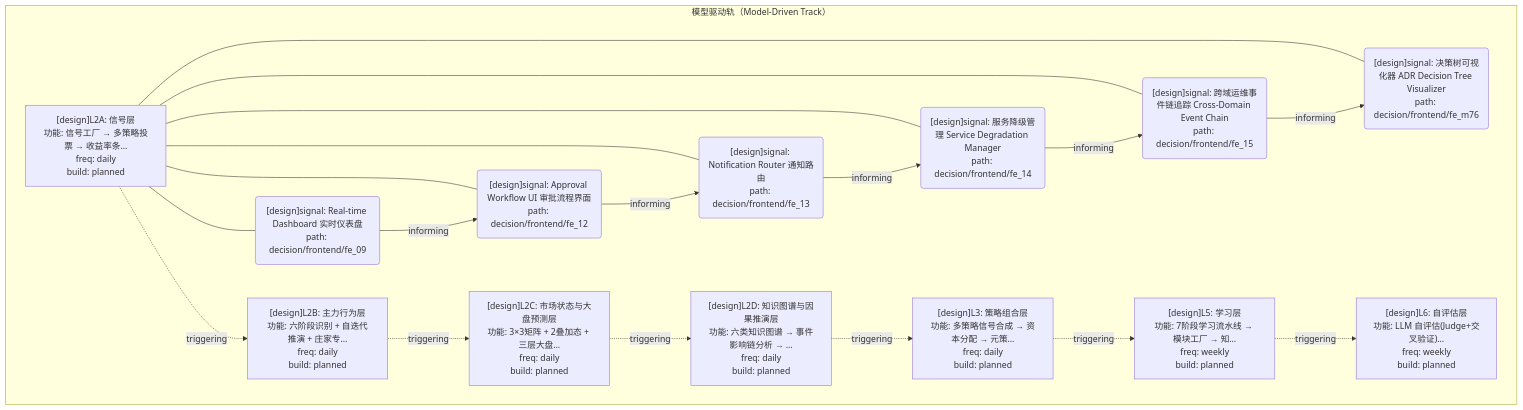
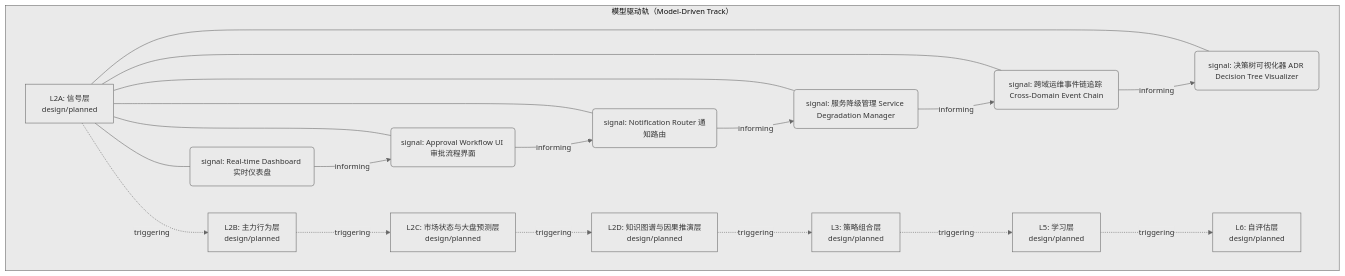
Before and after one commit to xuanFelixVan/ZephyrAlpha: the first of 2 diagrams in docs/02_enterprise_architecture/06_decision_architecture/08_decision_l2a_frontend.md, drawn with Mermaid. The commit also changed other lines of this file and 23 other files, not shown here.

First line of the commit message:
fix(decision-diagram): mermaid 图加 subgraph 容器 + clusterBkg 主题变量

````diff
--- a/docs/02_enterprise_architecture/06_decision_architecture/08_decision_l2a_frontend.md
+++ b/docs/02_enterprise_architecture/06_decision_architecture/08_decision_l2a_frontend.md
@@ -21,35 +21,36 @@
 ```mermaid
+%%{init: {'theme': 'base', 'themeVariables': {'primaryColor': '#eaeaea', 'primaryTextColor': '#333333', 'primaryBorderColor': '#666666', 'lineColor': '#666666', 'clusterBkg': '#eaeaea', 'clusterBorder': '#666666', 'fontSize': '14px'}}}%%
 flowchart TD
     subgraph track_model_driven["模型驱动轨（Model-Driven Track）"]
-        LL2A["[design]L2A: 信号层<br/>功能: 信号工厂 → 多策略投票 → 收益率条…<br/>freq: daily<br/>build: planned"]
-        N200("[design]signal: Approval Workflow UI 审批流程界面<br/>path: decision/frontend/fe_12")
+        LL2A["L2A: 信号层<br/>design/planned"]
+        N200("signal: Approval Workflow UI 审批流程界面")
         LL2A --- N200
-        N201("[design]signal: Notification Router 通知路由<br/>path: decision/frontend/fe_13")
+        N201("signal: Notification Router 通知路由")
         LL2A --- N201
-        N202("[design]signal: Real-time Dashboard 实时仪表盘<br/>path: decision/frontend/fe_09")
+        N202("signal: Real-time Dashboard 实时仪表盘")
         LL2A --- N202
-        N203("[design]signal: 决策树可视化器 ADR Decision Tree Visualizer<br/>path: decision/frontend/fe_m76")
+        N203("signal: 决策树可视化器 ADR Decision Tree Visualizer")
         LL2A --- N203
-        N209("[design]signal: 服务降级管理 Service Degradation Manager<br/>path: decision/frontend/fe_14")
+        N209("signal: 服务降级管理 Service Degradation Manager")
         LL2A --- N209
-        N210("[design]signal: 跨域运维事件链追踪 Cross-Domain Event Chain<br/>path: decision/frontend/fe_15")
+        N210("signal: 跨域运维事件链追踪 Cross-Domain Event Chain")
         LL2A --- N210
-        LL2B["[design]L2B: 主力行为层<br/>功能: 六阶段识别 + 自迭代推演 + 庄家专…<br/>freq: daily<br/>build: planned"]
-        LL2C["[design]L2C: 市场状态与大盘预测层<br/>功能: 3×3矩阵 + 2叠加态 + 三层大盘…<br/>freq: daily<br/>build: planned"]
-        LL2D["[design]L2D: 知识图谱与因果推演层<br/>功能: 六类知识图谱 → 事件影响链分析 → …<br/>freq: daily<br/>build: planned"]
-        LL3["[design]L3: 策略组合层<br/>功能: 多策略信号合成 → 资本分配 → 元策…<br/>freq: daily<br/>build: planned"]
-        LL5["[design]L5: 学习层<br/>功能: 7阶段学习流水线 → 模块工厂 → 知…<br/>freq: weekly<br/>build: planned"]
-        LL6["[design]L6: 自评估层<br/>功能: LLM 自评估(Judge+交叉验证)…<br/>freq: weekly<br/>build: planned"]
+        LL2B["L2B: 主力行为层<br/>design/planned"]
+        LL2C["L2C: 市场状态与大盘预测层<br/>design/planned"]
+        LL2D["L2D: 知识图谱与因果推演层<br/>design/planned"]
+        LL3["L3: 策略组合层<br/>design/planned"]
+        LL5["L5: 学习层<br/>design/planned"]
+        LL6["L6: 自评估层<br/>design/planned"]
     end
     LL2A -.->|triggering| LL2B
     LL2B -.->|triggering| LL2C
     LL2C -.->|triggering| LL2D
     LL2D -.->|triggering| LL3
     LL3 -.->|triggering| LL5
     LL5 -.->|triggering| LL6
     N202 -->|informing| N200
     N200 -->|informing| N201
     N201 -->|informing| N209
     N209 -->|informing| N210
     N210 -->|informing| N203
 ```
````
